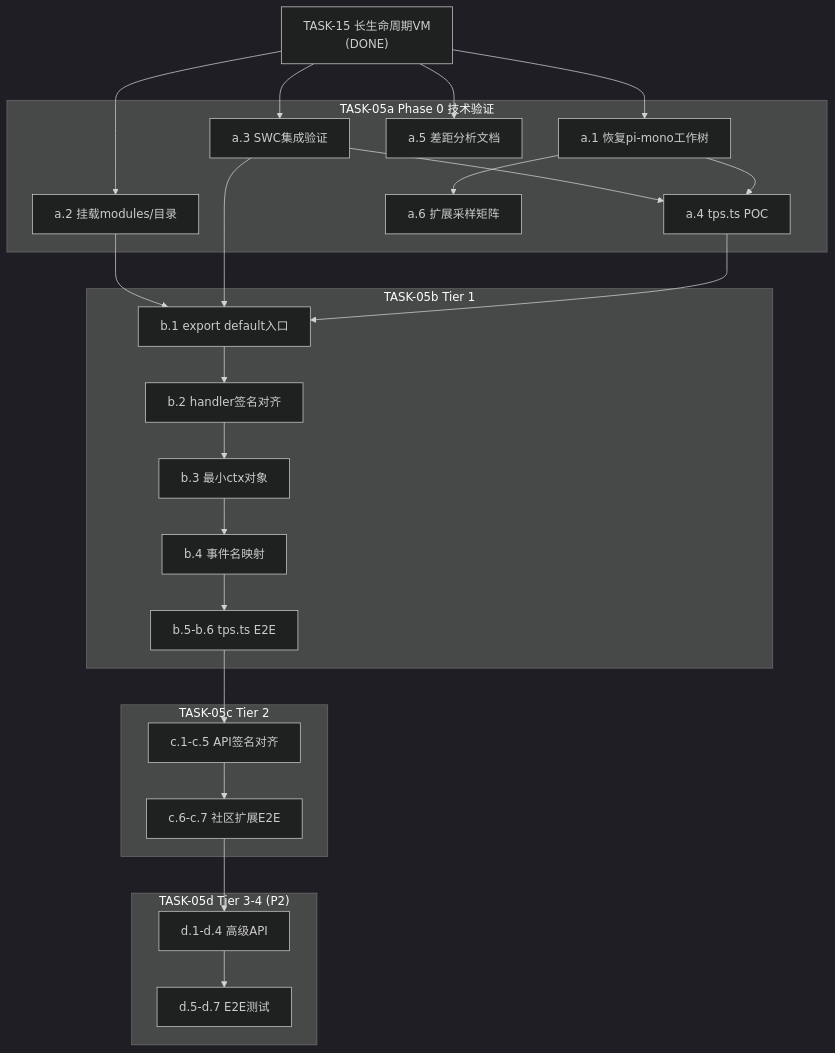
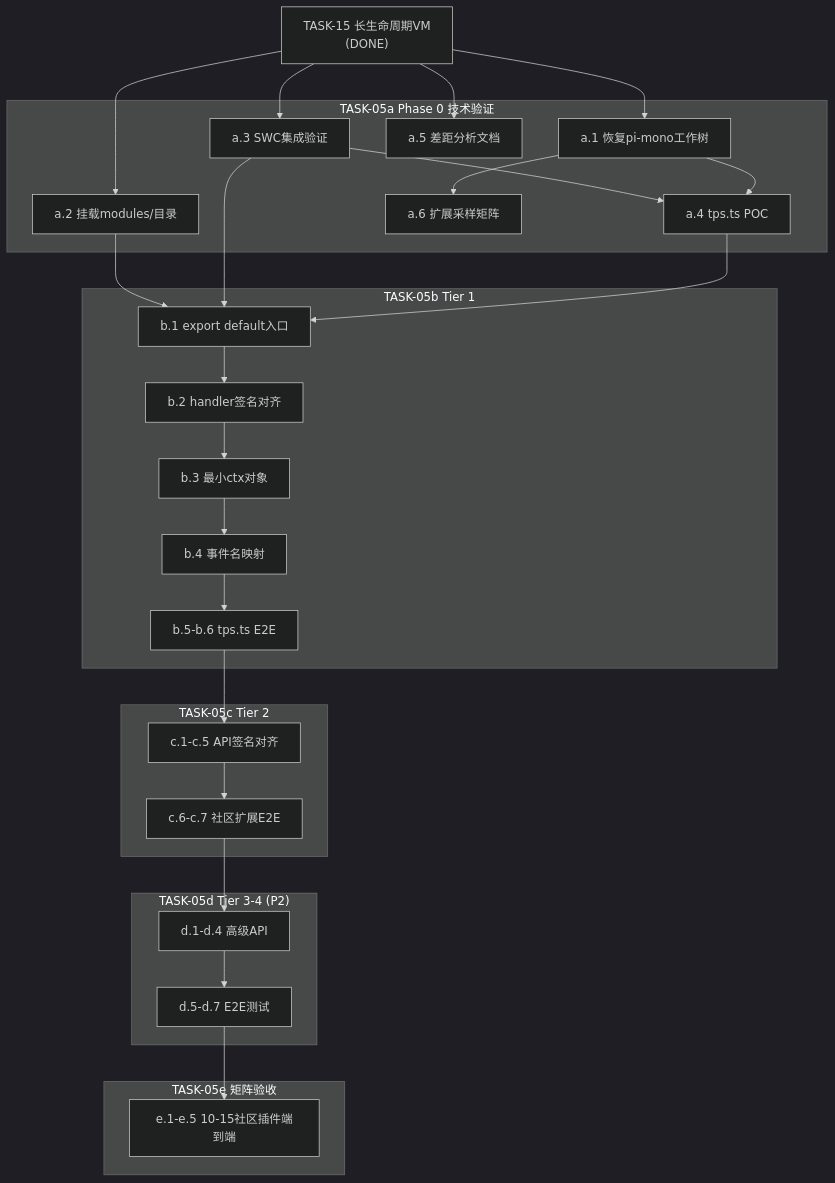
One commit to teisun/tomcat-agent changed the second of 2 diagrams in pi-rust-wasm/agents/plan/PLAN_TASK05_PI_MONO_COMPAT.md. Above: the diagram before and after it, drawn with Mermaid (dark theme). The commit also changed other lines of this file and 3 other files, not shown here.

````diff
--- a/pi-rust-wasm/agents/plan/PLAN_TASK05_PI_MONO_COMPAT.md
+++ b/pi-rust-wasm/agents/plan/PLAN_TASK05_PI_MONO_COMPAT.md
@@ -476,50 +495,55 @@
 ```mermaid
 flowchart TD
     TASK15["TASK-15 长生命周期VM\n(DONE)"]
 
     subgraph Phase0 ["TASK-05a Phase 0 技术验证"]
         A1["a.1 恢复pi-mono工作树"]
         A2["a.2 挂载modules/目录"]
         A3["a.3 SWC集成验证"]
         A4["a.4 tps.ts POC"]
         A5["a.5 差距分析文档"]
         A6["a.6 扩展采样矩阵"]
     end
 
     subgraph Tier1 ["TASK-05b Tier 1"]
         B1["b.1 export default入口"]
         B2["b.2 handler签名对齐"]
         B3["b.3 最小ctx对象"]
         B4["b.4 事件名映射"]
         B5["b.5-b.6 tps.ts E2E"]
     end
 
     subgraph Tier2 ["TASK-05c Tier 2"]
         C1["c.1-c.5 API签名对齐"]
         C6["c.6-c.7 社区扩展E2E"]
     end
 
     subgraph Tier34 ["TASK-05d Tier 3-4 (P2)"]
         D1["d.1-d.4 高级API"]
         D5["d.5-d.7 E2E测试"]
     end
 
+    subgraph MatrixE2E ["TASK-05e 矩阵验收"]
+        EAll["e.1-e.5 10-15社区插件端到端"]
+    end
+
     TASK15 --> A1
     TASK15 --> A2
     TASK15 --> A3
     TASK15 --> A5
     A1 --> A4
     A3 --> A4
     A1 --> A6
     A4 --> B1
     A3 --> B1
     A2 --> B1
     B1 --> B2
     B2 --> B3
     B3 --> B4
     B4 --> B5
     B5 --> C1
     C1 --> C6
     C6 --> D1
     D1 --> D5
+    D5 --> EAll
 ```
````
